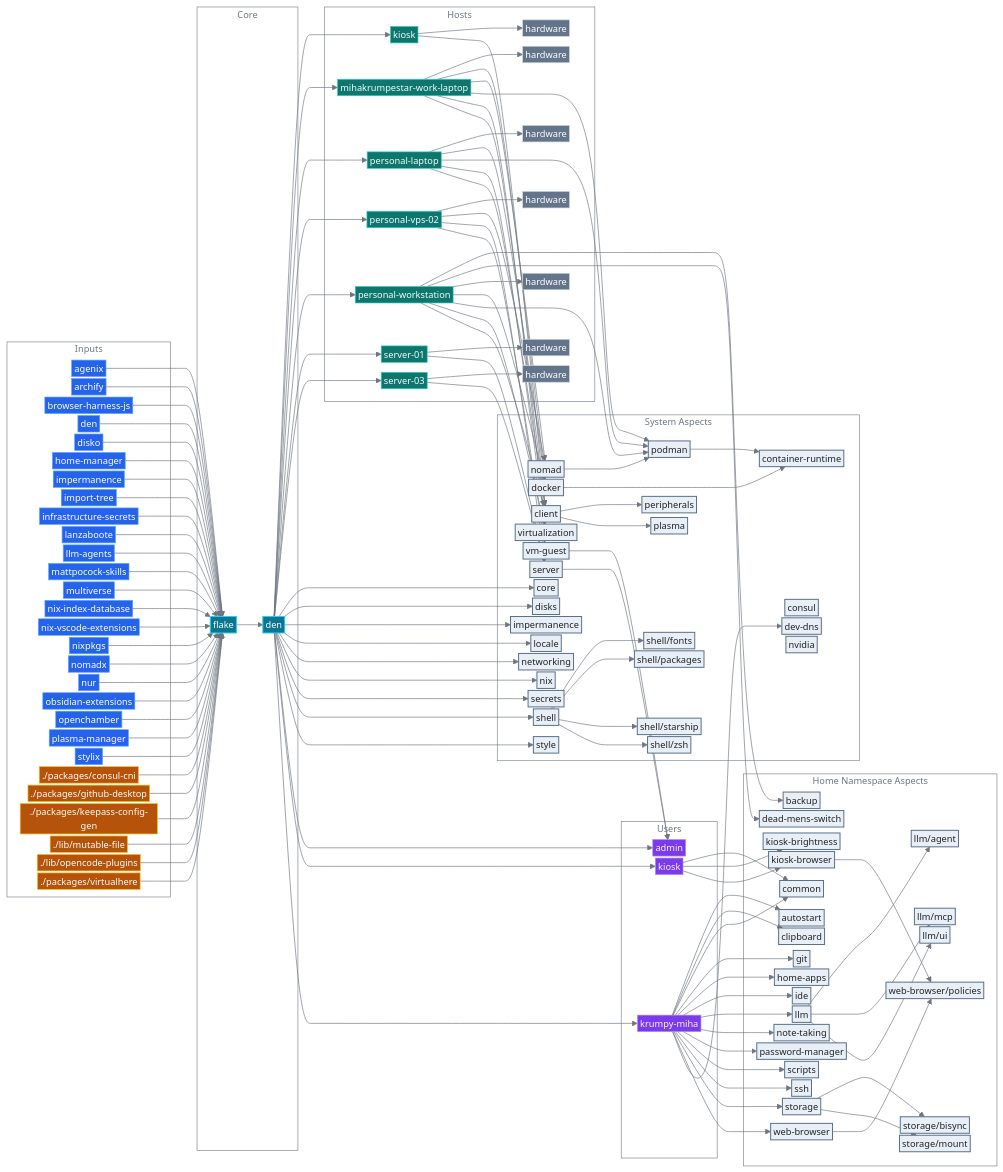
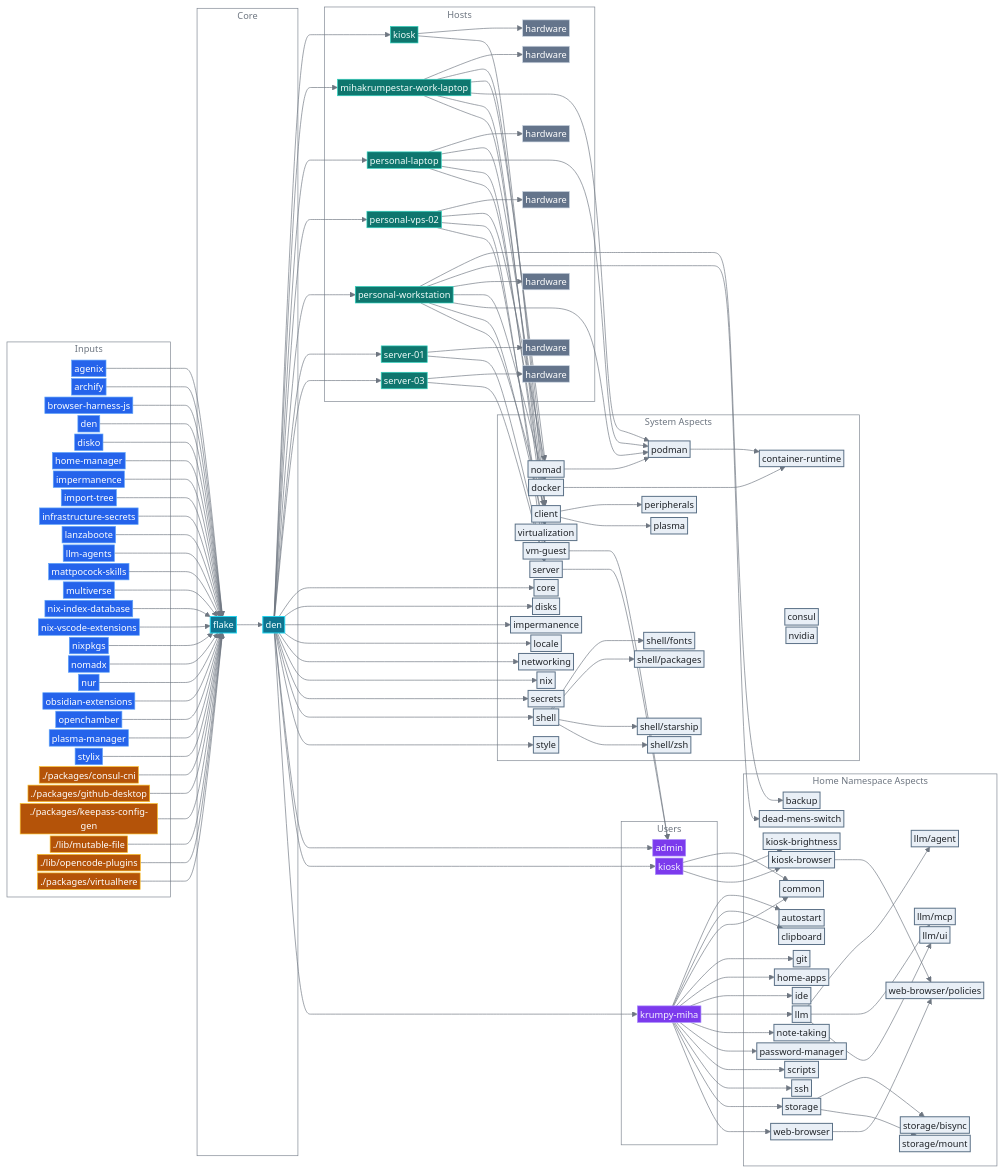
The diagram in README.md (mihakrumpestar/infrastructure), drawn with Mermaid before and after one commit. The commit also changed other lines of this file and 10 other files, not shown here.

````diff
--- a/README.md
+++ b/README.md
@@ -183,7 +183,6 @@
         sys_style["style"]:::aspect
         opt_container_runtime["container-runtime"]:::aspect
         opt_consul["consul"]:::aspect
-        opt_dev_dns["dev-dns"]:::aspect
         opt_docker["docker"]:::aspect
         opt_nomad["nomad"]:::aspect
         opt_nvidia["nvidia"]:::aspect
@@ -356,6 +355,5 @@
     user_krumpy_miha --> home_ssh
     user_krumpy_miha --> home_storage
     user_krumpy_miha --> home_web_browser
-    user_krumpy_miha --> opt_dev_dns
 
 ```
````
